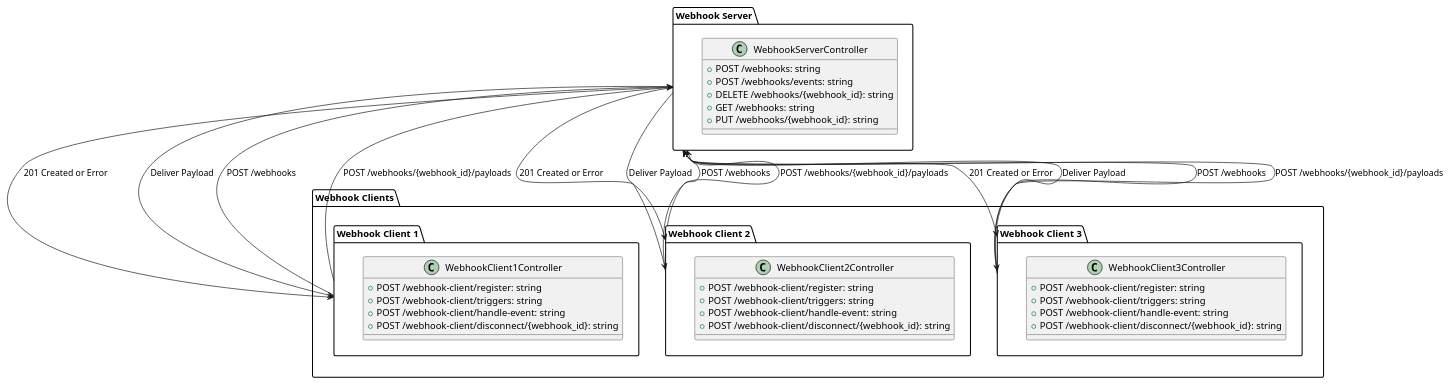
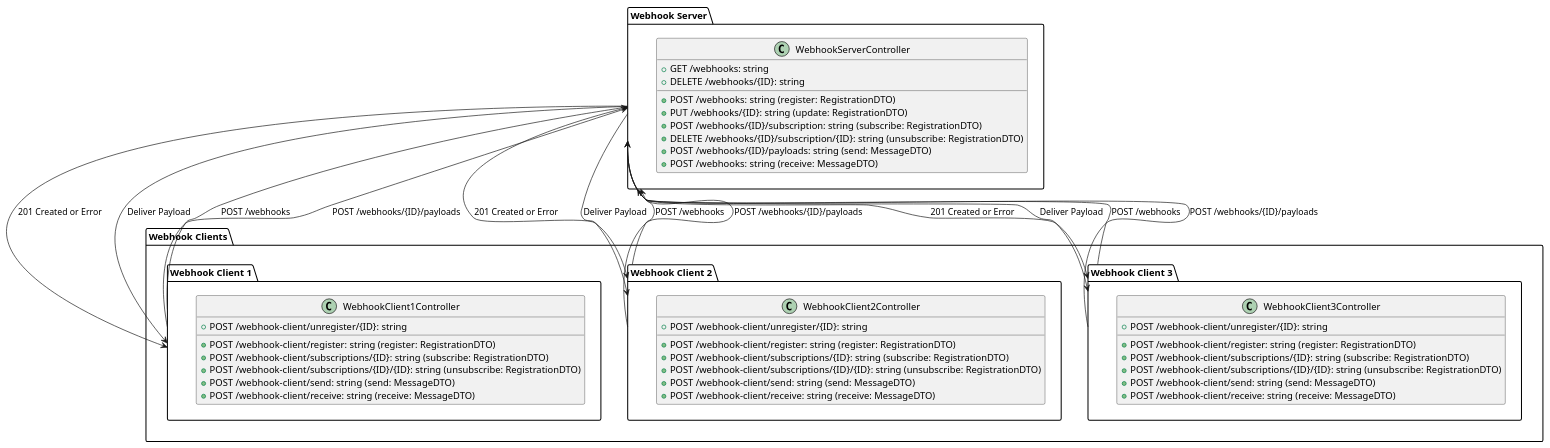
Before and after one commit to cclhsu/nestjs-realtime: the diagram in doc/uml/webhook/webhook.puml, drawn with PlantUML. The commit also changed other lines of this file and 256 other files, not shown here.

Commit message:
[PPP-XXXX] Update websocket/webhook with new dto and interface

```diff
--- a/doc/uml/webhook/webhook.puml
+++ b/doc/uml/webhook/webhook.puml
@@ -26,57 +26,76 @@
 
 package "Webhook Server" as WebhookServer {
     class WebhookServerController {
-        + POST /webhooks: string
-        + POST /webhooks/events: string
-        + DELETE /webhooks/{webhook_id}: string
         + GET /webhooks: string
-        + PUT /webhooks/{webhook_id}: string
+        + POST /webhooks: string (register: RegistrationDTO)
+        + DELETE /webhooks/{ID}: string
+        + PUT /webhooks/{ID}: string (update: RegistrationDTO)
+        + POST /webhooks/{ID}/subscription: string (subscribe: RegistrationDTO)
+        + DELETE /webhooks/{ID}/subscription/{ID}: string (unsubscribe: RegistrationDTO)
+        + POST /webhooks/{ID}/payloads: string (send: MessageDTO)
+        + POST /webhooks: string (receive: MessageDTO)
     }
 
     ' class WebhookServerService {
-    '     + registerWebhook(request: WebhookInfoDTO): Promise<WebhookRegistrationResponseDTO>
-    '     + handleWebhookEvent(payload: EventDataDTO): Promise<WebhookRegistrationResponseDTO>
-    '     + unregisterWebhook(webhookId: string): Promise<WebhookRegistrationResponseDTO>
-    '     + listRegisteredWebhooks(): Promise<WebhookInfoDTO[]>
-    '     + updateWebhook(webhookId: string, request: WebhookInfoDTO): Promise<WebhookRegistrationResponseDTO>
+    '     + listRegistrations(): Promise<RegistrationDTO[]>
+    '     + register(request: RegistrationDTO): Promise<RegistrationResponseDTO>
+    '     + unregister(ID: string): Promise<RegistrationResponseDTO>
+    '     + update(ID: string, request: RegistrationDTO): Promise<RegistrationResponseDTO>
+    '     + subscribe(ID: string, request: RegistrationDTO): Promise<RegistrationResponseDTO>
+    '     + unsubscribe(WebhookID: string, SubscriptionID: string): Promise<RegistrationResponseDTO>
+    '     + send(payload: MessageDTO): Promise<RegistrationResponseDTO>
+    '     + receive(payload: MessageDTO): Promise<RegistrationResponseDTO>
     ' }
 
     ' class WebhookServerRepository {
-    '     + registerWebhook(request: WebhookInfoDTO): Promise<WebhookRegistrationResponseDTO>
-    '     + handleWebhookEvent(payload: EventDataDTO): Promise<WebhookRegistrationResponseDTO>
-    '     + unregisterWebhook(webhookId: string): Promise<WebhookRegistrationResponseDTO>
-    '     + listRegisteredWebhooks(): Promise<WebhookInfoDTO[]>
-    '     + updateWebhook(webhookId: string, request: WebhookInfoDTO): Promise<WebhookRegistrationResponseDTO>
+    '     + listRegistrations(): Promise<RegistrationDTO[]>
+    '     + register(request: RegistrationDTO): Promise<RegistrationResponseDTO>
+    '     + unregister(ID: string): Promise<RegistrationResponseDTO>
+    '     + update(ID: string, request: RegistrationDTO): Promise<RegistrationResponseDTO>
+    '     + subscribe(ID: string, request: RegistrationDTO): Promise<RegistrationResponseDTO>
+    '     + unsubscribe(WebhookID: string, SubscriptionID: string): Promise<RegistrationResponseDTO>
+    '     + send(payload: MessageDTO): Promise<RegistrationResponseDTO>
+    '     + receive(payload: MessageDTO): Promise<RegistrationResponseDTO>
     ' }
 
-    ' class WebhookInfoDTO {
-    '     + id: string
-    '     + url: string
-    '     + expiryDate: Date
-    '     + config: WebhookConfigDTO
+    ' class RegistrationDTO {
+    '     + uuid: string
+    '     + type: string
+    '     + stage: string
+    '     + environment: string
+    '     + sender: string
+    '     + timestamp: Date
+    '     + callbackURL: string
+    '     + subscriptions: string[]
+    '     + expires: Date
+    '     + secret: string
+    '     + state: string
     ' }
 
-    ' class EventDataDTO {
-    '     + id: string
-    '     + type: string
-    '     + data: any
-    ' }
-
-    ' class WebhookConfigDTO {
-    '     + secret: string
-    '     + isActive: boolean
-    '     + type: WebhookType
-    ' }
-
-    ' class WebhookRegistrationResponseDTO {
+    ' class RegistrationResponseDTO {
     '     + success: boolean
     '     + message: string
     '     + data: any
     ' }
 
-    ' class WebhookType {
-    '     + name: string
-    '     + version: string
+    ' class MessageDTO {
+    '     + uuid: string
+    '     + type: string
+    '     + action: string
+    '     + stage: string
+    '     + environment: string
+    '     + sender: string
+    '     + recipient: string
+    '     + recipients: string[]
+    '     + recipientType: string
+    '     + timestamp: Date
+    '     + data: any
+    ' }
+
+    ' class MessageResponseDTO {
+    '     + success: boolean
+    '     + message: string
+    '     + data: MessageDTO
     ' }
 
     ' WebhookServerController --> WebhookServerService : Register Webhook
@@ -98,24 +117,30 @@
 package "Webhook Clients" as WebhookClients {
     package "Webhook Client 1" as WebhookClient1 {
         class WebhookClient1Controller {
-            + POST /webhook-client/register: string
-            + POST /webhook-client/triggers: string
-            + POST /webhook-client/handle-event: string
-            + POST /webhook-client/disconnect/{webhook_id}: string
+            + POST /webhook-client/register: string (register: RegistrationDTO)
+            + POST /webhook-client/unregister/{ID}: string
+            + POST /webhook-client/subscriptions/{ID}: string (subscribe: RegistrationDTO)
+            + POST /webhook-client/subscriptions/{ID}/{ID}: string (unsubscribe: RegistrationDTO)
+            + POST /webhook-client/send: string (send: MessageDTO)
+            + POST /webhook-client/receive: string (receive: MessageDTO)
         }
 
         ' class WebhookClient1Service {
-        '     + registerWebhook(request: WebhookInfoDTO): Promise<WebhookRegistrationResponseDTO>
-        '     + sendWebhookEvent(payload: EventDataDTO): Promise<WebhookRegistrationResponseDTO>
-        '     + handleWebhookEvent(payload: EventDataDTO): Promise<WebhookRegistrationResponseDTO>
-        '     + unregisterWebhook(webhookId: string): Promise<WebhookRegistrationResponseDTO>
+        '     + register(request: RegistrationDTO): Promise<RegistrationResponseDTO>
+        '     + unregister(ID: string): Promise<RegistrationResponseDTO>
+        '     + subscribe(ID: string, request: RegistrationDTO): Promise<RegistrationResponseDTO>
+        '     + unsubscribe(WebhookID: string, SubscriptionID: string): Promise<RegistrationResponseDTO>
+        '     + send(payload: MessageDTO): Promise<RegistrationResponseDTO>
+        '     + receive(payload: MessageDTO): Promise<RegistrationResponseDTO>
         ' }
-        
+
         ' class WebhookClient1Repository {
-        '     + registerWebhook(request: WebhookInfoDTO): Promise<WebhookRegistrationResponseDTO>
-        '     + sendWebhookEvent(payload: EventDataDTO): Promise<WebhookRegistrationResponseDTO>
-        '     + handleWebhookEvent(payload: EventDataDTO): Promise<WebhookRegistrationResponseDTO>
-        '     + unregisterWebhook(webhookId: string): Promise<WebhookRegistrationResponseDTO>
+        '     + register(request: RegistrationDTO): Promise<RegistrationResponseDTO>
+        '     + unregister(ID: string): Promise<RegistrationResponseDTO>
+        '     + subscribe(ID: string, request: RegistrationDTO): Promise<RegistrationResponseDTO>
+        '     + unsubscribe(WebhookID: string, SubscriptionID: string): Promise<RegistrationResponseDTO>
+        '     + send(payload: MessageDTO): Promise<RegistrationResponseDTO>
+        '     + receive(payload: MessageDTO): Promise<RegistrationResponseDTO>
         ' }
 
         ' WebhookClient1Controller --> WebhookClient1Service : Register Webhook
@@ -141,24 +166,30 @@
 
     package "Webhook Client 2" as WebhookClient2 {
         class WebhookClient2Controller {
-            + POST /webhook-client/register: string
-            + POST /webhook-client/triggers: string
-            + POST /webhook-client/handle-event: string
-            + POST /webhook-client/disconnect/{webhook_id}: string
+            + POST /webhook-client/register: string (register: RegistrationDTO)
+            + POST /webhook-client/unregister/{ID}: string
+            + POST /webhook-client/subscriptions/{ID}: string (subscribe: RegistrationDTO)
+            + POST /webhook-client/subscriptions/{ID}/{ID}: string (unsubscribe: RegistrationDTO)
+            + POST /webhook-client/send: string (send: MessageDTO)
+            + POST /webhook-client/receive: string (receive: MessageDTO)
         }
 
         ' class WebhookClient2Service {
-        '     + registerWebhook(request: WebhookInfoDTO): Promise<WebhookRegistrationResponseDTO>
-        '     + sendWebhookEvent(payload: EventDataDTO): Promise<WebhookRegistrationResponseDTO>
-        '     + handleWebhookEvent(payload: EventDataDTO): Promise<WebhookRegistrationResponseDTO>
-        '     + unregisterWebhook(webhookId: string): Promise<WebhookRegistrationResponseDTO>
+        '     + register(request: RegistrationDTO): Promise<RegistrationResponseDTO>
+        '     + unregister(ID: string): Promise<RegistrationResponseDTO>
+        '     + subscribe(ID: string, request: RegistrationDTO): Promise<RegistrationResponseDTO>
+        '     + unsubscribe(WebhookID: string, SubscriptionID: string): Promise<RegistrationResponseDTO>
+        '     + send(payload: MessageDTO): Promise<RegistrationResponseDTO>
+        '     + receive(payload: MessageDTO): Promise<RegistrationResponseDTO>
         ' }
-        
+
         ' class WebhookClient2Repository {
-        '     + registerWebhook(request: WebhookInfoDTO): Promise<WebhookRegistrationResponseDTO>
-        '     + sendWebhookEvent(payload: EventDataDTO): Promise<WebhookRegistrationResponseDTO>
-        '     + handleWebhookEvent(payload: EventDataDTO): Promise<WebhookRegistrationResponseDTO>
-        '     + unregisterWebhook(webhookId: string): Promise<WebhookRegistrationResponseDTO>
+        '     + register(request: RegistrationDTO): Promise<RegistrationResponseDTO>
+        '     + unregister(ID: string): Promise<RegistrationResponseDTO>
+        '     + subscribe(ID: string, request: RegistrationDTO): Promise<RegistrationResponseDTO>
+        '     + unsubscribe(WebhookID: string, SubscriptionID: string): Promise<RegistrationResponseDTO>
+        '     + send(payload: MessageDTO): Promise<RegistrationResponseDTO>
+        '     + receive(payload: MessageDTO): Promise<RegistrationResponseDTO>
         ' }
 
         ' WebhookClient1Controller --> WebhookClient1Service : Register Webhook
@@ -184,24 +215,30 @@
 
     package "Webhook Client 3" as WebhookClient3 {
         class WebhookClient3Controller {
-            + POST /webhook-client/register: string
-            + POST /webhook-client/triggers: string
-            + POST /webhook-client/handle-event: string
-            + POST /webhook-client/disconnect/{webhook_id}: string
+            + POST /webhook-client/register: string (register: RegistrationDTO)
+            + POST /webhook-client/unregister/{ID}: string
+            + POST /webhook-client/subscriptions/{ID}: string (subscribe: RegistrationDTO)
+            + POST /webhook-client/subscriptions/{ID}/{ID}: string (unsubscribe: RegistrationDTO)
+            + POST /webhook-client/send: string (send: MessageDTO)
+            + POST /webhook-client/receive: string (receive: MessageDTO)
         }
 
         ' class WebhookClient3Service {
-        '     + registerWebhook(request: WebhookInfoDTO): Promise<WebhookRegistrationResponseDTO>
-        '     + sendWebhookEvent(payload: EventDataDTO): Promise<WebhookRegistrationResponseDTO>
-        '     + handleWebhookEvent(payload: EventDataDTO): Promise<WebhookRegistrationResponseDTO>
-        '     + unregisterWebhook(webhookId: string): Promise<WebhookRegistrationResponseDTO>
+        '     + register(request: RegistrationDTO): Promise<RegistrationResponseDTO>
+        '     + unregister(ID: string): Promise<RegistrationResponseDTO>
+        '     + subscribe(ID: string, request: RegistrationDTO): Promise<RegistrationResponseDTO>
+        '     + unsubscribe(WebhookID: string, SubscriptionID: string): Promise<RegistrationResponseDTO>
+        '     + send(payload: MessageDTO): Promise<RegistrationResponseDTO>
+        '     + receive(payload: MessageDTO): Promise<RegistrationResponseDTO>
         ' }
-        
+
         ' class WebhookClient3Repository {
-        '     + registerWebhook(request: WebhookInfoDTO): Promise<WebhookRegistrationResponseDTO>
-        '     + sendWebhookEvent(payload: EventDataDTO): Promise<WebhookRegistrationResponseDTO>
-        '     + handleWebhookEvent(payload: EventDataDTO): Promise<WebhookRegistrationResponseDTO>
-        '     + unregisterWebhook(webhookId: string): Promise<WebhookRegistrationResponseDTO>
+        '     + register(request: RegistrationDTO): Promise<RegistrationResponseDTO>
+        '     + unregister(ID: string): Promise<RegistrationResponseDTO>
+        '     + subscribe(ID: string, request: RegistrationDTO): Promise<RegistrationResponseDTO>
+        '     + unsubscribe(WebhookID: string, SubscriptionID: string): Promise<RegistrationResponseDTO>
+        '     + send(payload: MessageDTO): Promise<RegistrationResponseDTO>
+        '     + receive(payload: MessageDTO): Promise<RegistrationResponseDTO>
         ' }
 
         ' WebhookClient1Controller --> WebhookClient1Service : Register Webhook
@@ -244,7 +281,7 @@
 
 ' package "Monitoring & Logging" {
 '     class MonitoringService {
-'         + trackWebhookPerformance(webhookId: ID): PerformanceMetrics
+'         + trackWebhookPerformance(ID: ID): PerformanceMetrics
 '     }
 '     class LoggingService {
 '         + logWebhookEvent(eventData: WebhookEvent): void
@@ -270,9 +307,9 @@
 WebhookServer --> WebhookClient2 : 201 Created or Error
 WebhookServer --> WebhookClient3 : 201 Created or Error
 
-WebhookClient1 --> WebhookServer : POST /webhooks/{webhook_id}/payloads
-WebhookClient2 --> WebhookServer : POST /webhooks/{webhook_id}/payloads
-WebhookClient3 --> WebhookServer : POST /webhooks/{webhook_id}/payloads
+WebhookClient1 --> WebhookServer : POST /webhooks/{ID}/payloads
+WebhookClient2 --> WebhookServer : POST /webhooks/{ID}/payloads
+WebhookClient3 --> WebhookServer : POST /webhooks/{ID}/payloads
 
 WebhookServer --> WebhookClient1 : Deliver Payload
 WebhookServer --> WebhookClient2 : Deliver Payload
```
